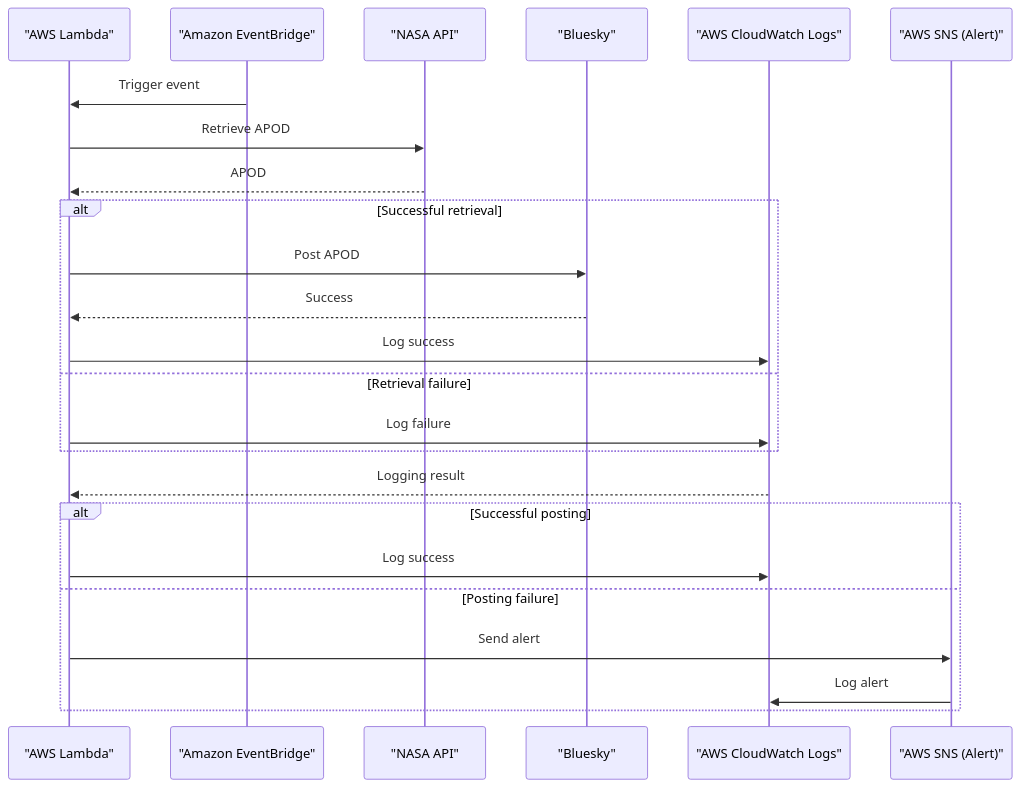
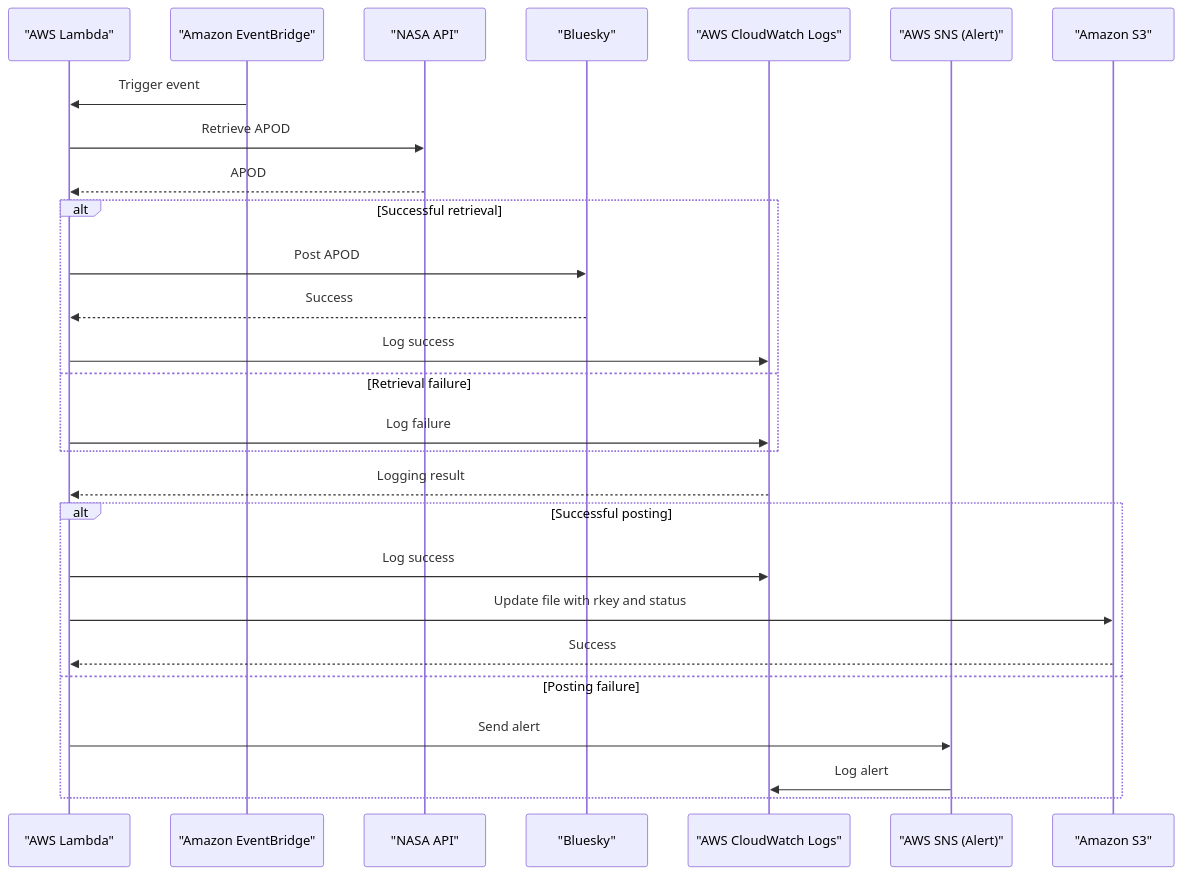
One commit to myConsciousness/bluesky-apod-bot changed the diagram in README.md. Above: the diagram before and after it, drawn with Mermaid.

````diff
--- a/README.md
+++ b/README.md
@@ -3,29 +3,32 @@
 ```mermaid
-sequenceDiagram;
+sequenceDiagram
     participant Lambda as "AWS Lambda";
     participant EventBridge as "Amazon EventBridge";
     participant NASA_API as "NASA API";
     participant Bluesky as "Bluesky";
     participant CloudWatch as "AWS CloudWatch Logs";
     participant SNS as "AWS SNS (Alert)";
+    participant S3 as "Amazon S3";
 
     EventBridge ->> Lambda: Trigger event
     Lambda ->> NASA_API: Retrieve APOD
     NASA_API -->> Lambda: APOD
     alt Successful retrieval
         Lambda ->> Bluesky: Post APOD
         Bluesky -->> Lambda: Success
         Lambda ->> CloudWatch: Log success
     else Retrieval failure
         Lambda ->> CloudWatch: Log failure
     end
 
     CloudWatch -->> Lambda: Logging result
 
     alt Successful posting
         Lambda ->> CloudWatch: Log success
+        Lambda ->> S3: Update file with rkey and status
+        S3 -->> Lambda: Success
     else Posting failure
         Lambda ->> SNS: Send alert
         SNS ->> CloudWatch: Log alert
     end
 ```
````
